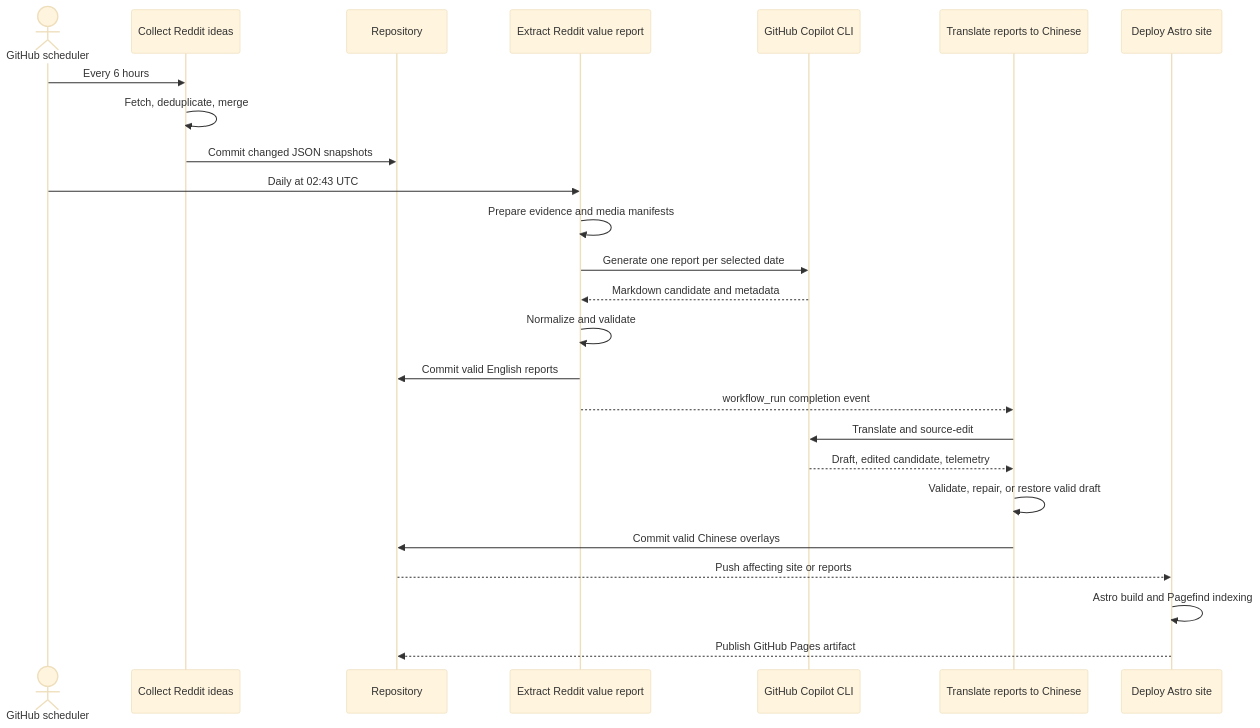
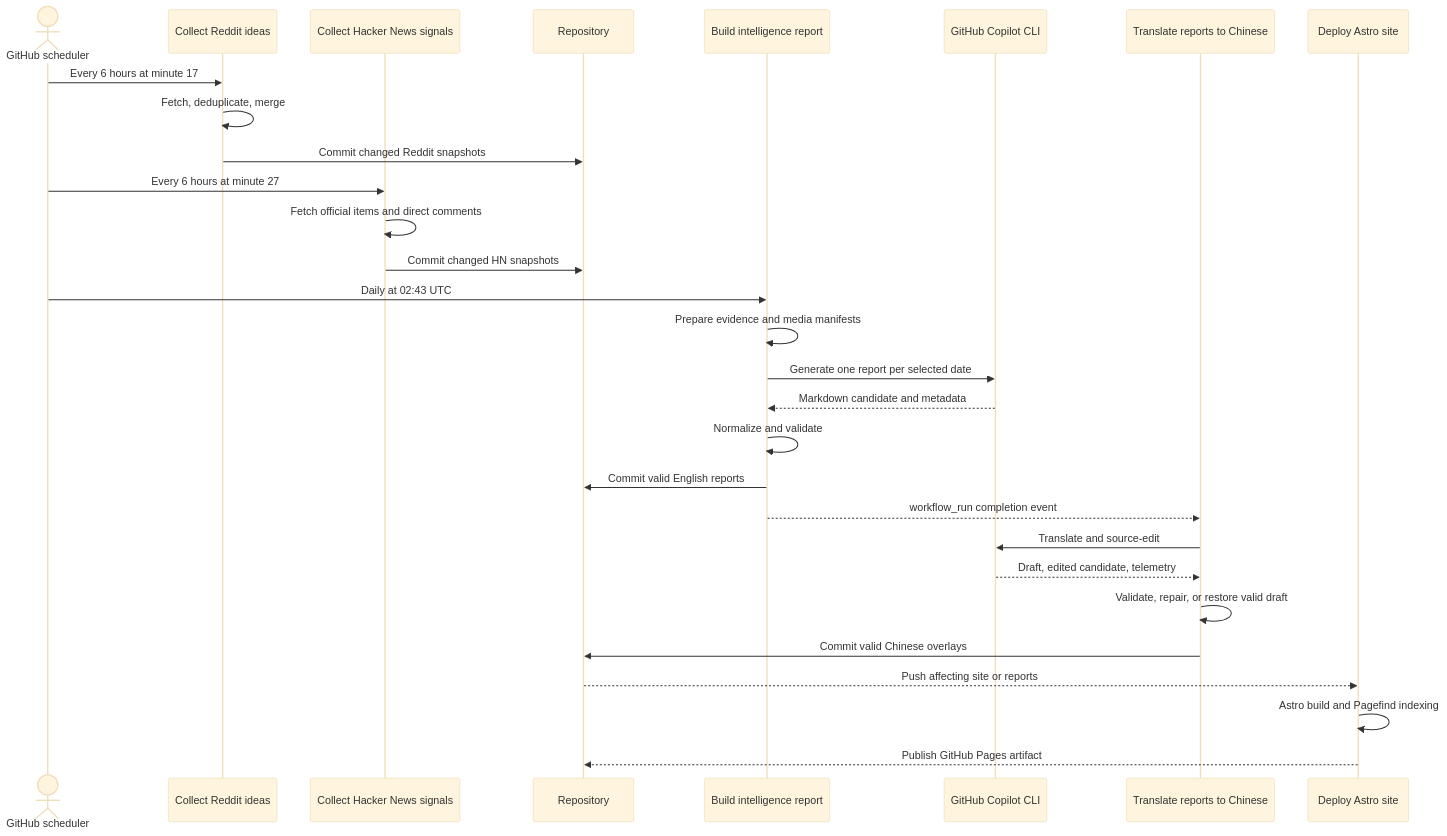
One commit to vibewatch/idea changed the second of 2 diagrams in README.md. Above: the diagram before and after it, drawn with Mermaid (base theme). The commit also changed other lines of this file and 16 other files, not shown here.

First line of the commit message:
Add Hacker News evidence source

````diff
--- a/README.md
+++ b/README.md
@@ -98,31 +109,36 @@
 ```mermaid
 sequenceDiagram
   actor Scheduler as GitHub scheduler
-  participant Scraper as Collect Reddit ideas
+  participant RedditScraper as Collect Reddit ideas
+  participant HNScraper as Collect Hacker News signals
   participant Git as Repository
-  participant Analyzer as Extract Reddit value report
+  participant Analyzer as Build intelligence report
   participant Copilot as GitHub Copilot CLI
   participant Translator as Translate reports to Chinese
   participant Deploy as Deploy Astro site
 
-  Scheduler->>Scraper: Every 6 hours
-  Scraper->>Scraper: Fetch, deduplicate, merge
-  Scraper->>Git: Commit changed JSON snapshots
+  Scheduler->>RedditScraper: Every 6 hours at minute 17
+  RedditScraper->>RedditScraper: Fetch, deduplicate, merge
+  RedditScraper->>Git: Commit changed Reddit snapshots
+
+  Scheduler->>HNScraper: Every 6 hours at minute 27
+  HNScraper->>HNScraper: Fetch official items and direct comments
+  HNScraper->>Git: Commit changed HN snapshots
 
   Scheduler->>Analyzer: Daily at 02:43 UTC
   Analyzer->>Analyzer: Prepare evidence and media manifests
   Analyzer->>Copilot: Generate one report per selected date
   Copilot-->>Analyzer: Markdown candidate and metadata
   Analyzer->>Analyzer: Normalize and validate
   Analyzer->>Git: Commit valid English reports
 
   Analyzer-->>Translator: workflow_run completion event
   Translator->>Copilot: Translate and source-edit
   Copilot-->>Translator: Draft, edited candidate, telemetry
   Translator->>Translator: Validate, repair, or restore valid draft
   Translator->>Git: Commit valid Chinese overlays
 
   Git-->>Deploy: Push affecting site or reports
   Deploy->>Deploy: Astro build and Pagefind indexing
   Deploy-->>Git: Publish GitHub Pages artifact
 ```
````
